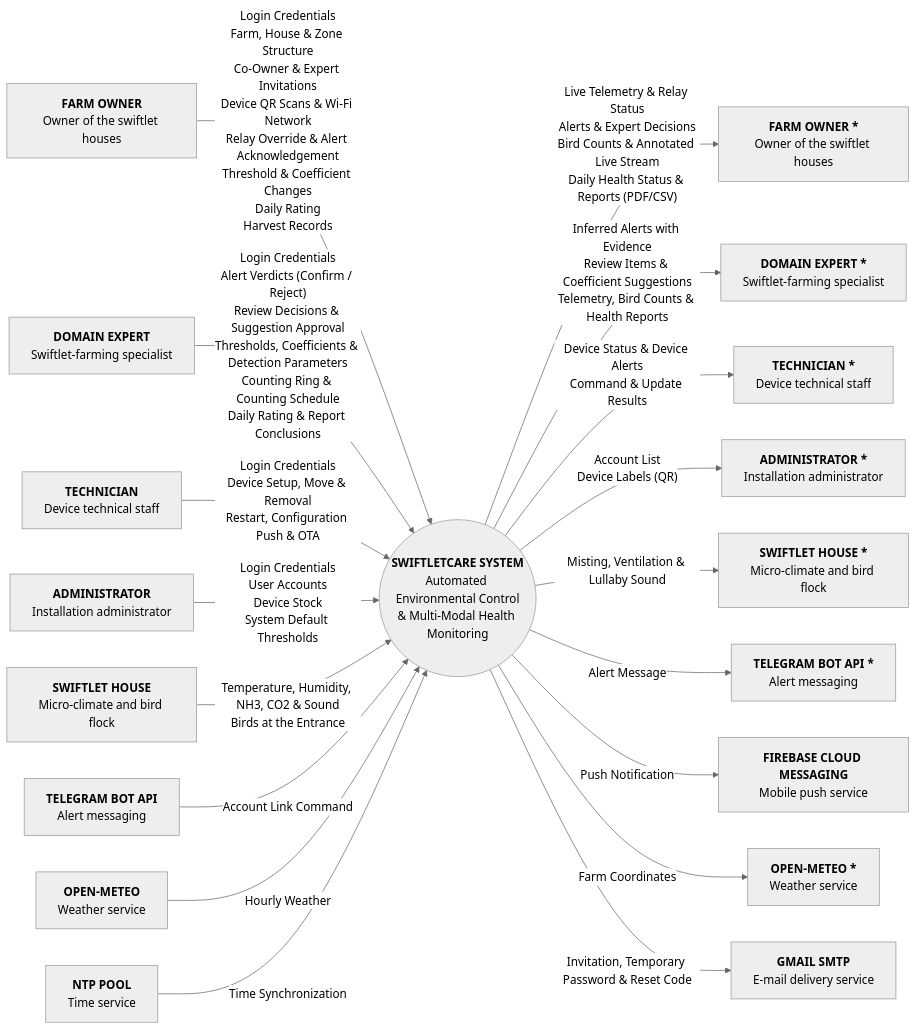
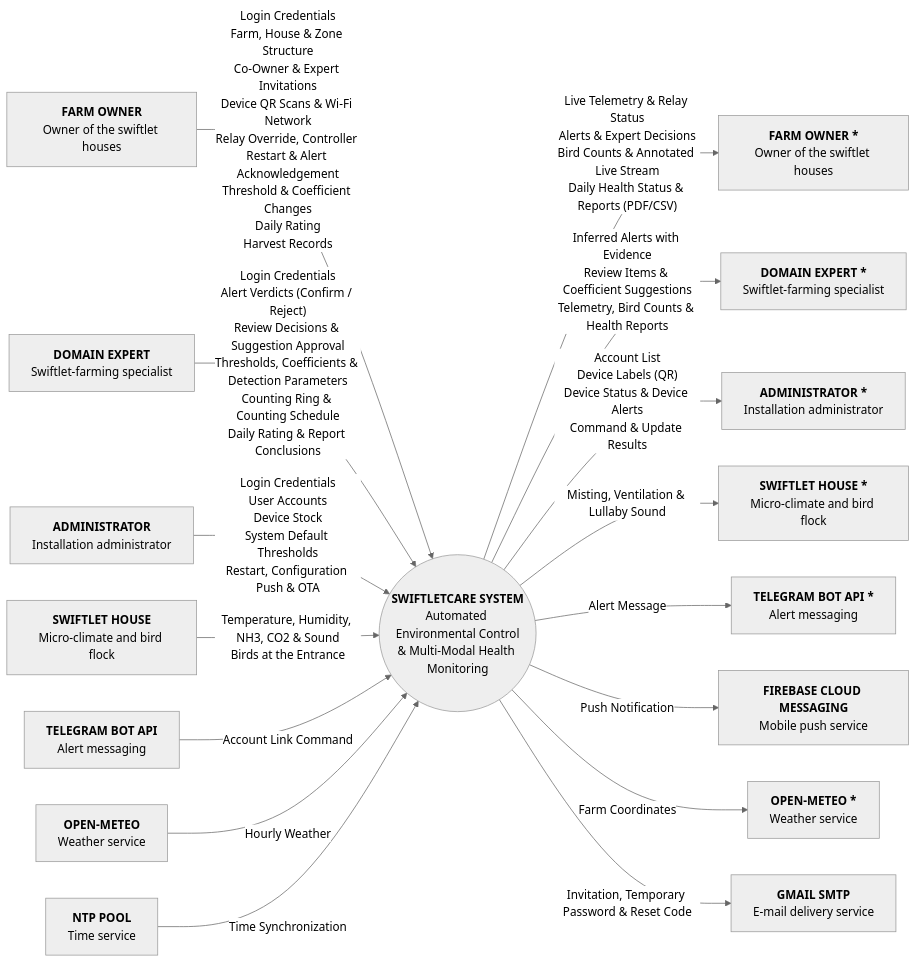
The first of 2 diagrams in docs/reports/report3-srs.md (NBao261/SwiftletCare_KLTN), drawn with Mermaid (neutral theme) before and after one commit. The commit also changed other lines of this file and 18 other files, not shown here.

````diff
--- a/docs/reports/report3-srs.md
+++ b/docs/reports/report3-srs.md
@@ -122,38 +122,34 @@
 ```mermaid
 flowchart LR
   FOi["<b>FARM OWNER</b><br/>Owner of the swiftlet houses"]
   DEi["<b>DOMAIN EXPERT</b><br/>Swiftlet-farming specialist"]
-  TEi["<b>TECHNICIAN</b><br/>Device technical staff"]
   ADi["<b>ADMINISTRATOR</b><br/>Installation administrator"]
   SHi["<b>SWIFTLET HOUSE</b><br/>Micro-climate and bird flock"]
   TGi["<b>TELEGRAM BOT API</b><br/>Alert messaging"]
   OMi["<b>OPEN-METEO</b><br/>Weather service"]
   NTP["<b>NTP POOL</b><br/>Time service"]
   SYS(("<b>SWIFTLETCARE SYSTEM</b><br/>Automated Environmental Control<br/>& Multi-Modal Health Monitoring"))
   FOo["<b>FARM OWNER *</b><br/>Owner of the swiftlet houses"]
   DEo["<b>DOMAIN EXPERT *</b><br/>Swiftlet-farming specialist"]
-  TEo["<b>TECHNICIAN *</b><br/>Device technical staff"]
   ADo["<b>ADMINISTRATOR *</b><br/>Installation administrator"]
   SHo["<b>SWIFTLET HOUSE *</b><br/>Micro-climate and bird flock"]
   TGo["<b>TELEGRAM BOT API *</b><br/>Alert messaging"]
   FCM["<b>FIREBASE CLOUD MESSAGING</b><br/>Mobile push service"]
   OMo["<b>OPEN-METEO *</b><br/>Weather service"]
   GM["<b>GMAIL SMTP</b><br/>E-mail delivery service"]
-  FOi -- "Login Credentials<br/>Farm, House & Zone Structure<br/>Co-Owner & Expert Invitations<br/>Device QR Scans & Wi-Fi Network<br/>Relay Override & Alert Acknowledgement<br/>Threshold & Coefficient Changes<br/>Daily Rating<br/>Harvest Records" --> SYS
+  FOi -- "Login Credentials<br/>Farm, House & Zone Structure<br/>Co-Owner & Expert Invitations<br/>Device QR Scans & Wi-Fi Network<br/>Relay Override, Controller Restart & Alert Acknowledgement<br/>Threshold & Coefficient Changes<br/>Daily Rating<br/>Harvest Records" --> SYS
   DEi -- "Login Credentials<br/>Alert Verdicts (Confirm / Reject)<br/>Review Decisions & Suggestion Approval<br/>Thresholds, Coefficients & Detection Parameters<br/>Counting Ring & Counting Schedule<br/>Daily Rating & Report Conclusions" --> SYS
-  TEi -- "Login Credentials<br/>Device Setup, Move & Removal<br/>Restart, Configuration Push & OTA" --> SYS
-  ADi -- "Login Credentials<br/>User Accounts<br/>Device Stock<br/>System Default Thresholds" --> SYS
+  ADi -- "Login Credentials<br/>User Accounts<br/>Device Stock<br/>System Default Thresholds<br/>Restart, Configuration Push & OTA" --> SYS
   SHi -- "Temperature, Humidity, NH3, CO2 & Sound<br/>Birds at the Entrance" --> SYS
   TGi -- "Account Link Command" --> SYS
   OMi -- "Hourly Weather" --> SYS
   NTP -- "Time Synchronization" --> SYS
   SYS -- "Live Telemetry & Relay Status<br/>Alerts & Expert Decisions<br/>Bird Counts & Annotated Live Stream<br/>Daily Health Status & Reports (PDF/CSV)" --> FOo
   SYS -- "Inferred Alerts with Evidence<br/>Review Items & Coefficient Suggestions<br/>Telemetry, Bird Counts & Health Reports" --> DEo
-  SYS -- "Device Status & Device Alerts<br/>Command & Update Results" --> TEo
-  SYS -- "Account List<br/>Device Labels (QR)" --> ADo
+  SYS -- "Account List<br/>Device Labels (QR)<br/>Device Status & Device Alerts<br/>Command & Update Results" --> ADo
   SYS -- "Misting, Ventilation & Lullaby Sound" --> SHo
   SYS -- "Alert Message" --> TGo
   SYS -- "Push Notification" --> FCM
   SYS -- "Farm Coordinates" --> OMo
   SYS -- "Invitation, Temporary Password & Reset Code" --> GM
 ```
````
